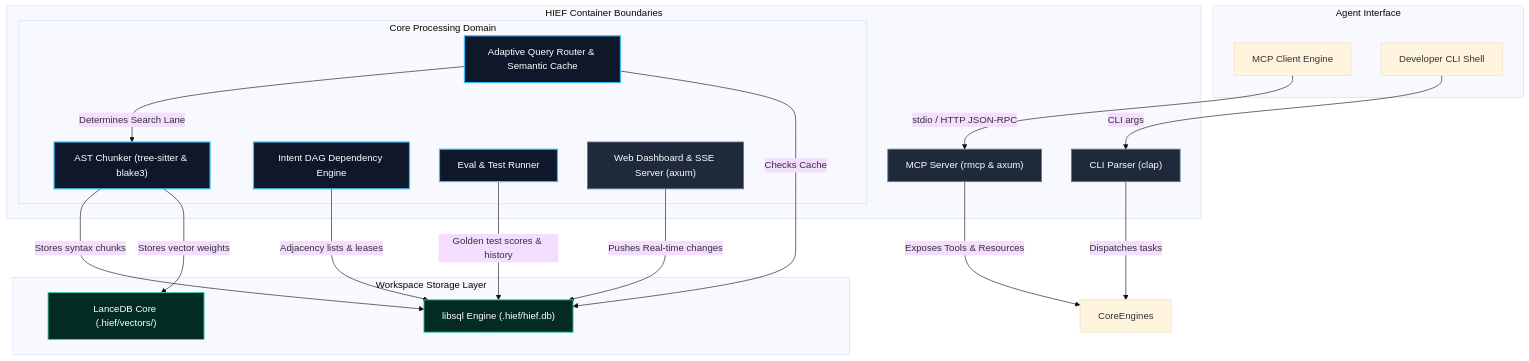
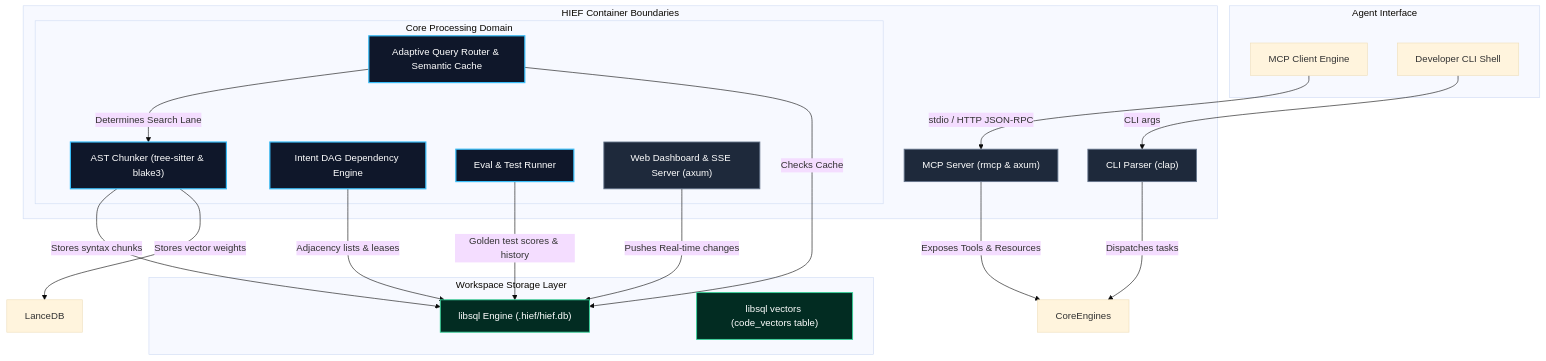
Before and after one commit to hiranp/hief: the second of 5 diagrams in docs/ARCHITECTURE.md, drawn with Mermaid (base theme). The commit also changed other lines of this file and 14 other files, not shown here.

First line of the commit message:
feat(index)!: replace LanceDB with libsql native vectors

````diff
--- a/docs/ARCHITECTURE.md
+++ b/docs/ARCHITECTURE.md
@@ -85,49 +85,49 @@
 ```mermaid
 graph TB
     subgraph Client ["Agent Interface"]
         MCPClient["MCP Client Engine"]
         CLIClient["Developer CLI Shell"]
     end
 
     subgraph HIEF ["HIEF Container Boundaries"]
         CLI["CLI Parser (clap)"]
         MCP["MCP Server (rmcp & axum)"]
         
         subgraph Core Engines ["Core Processing Domain"]
             Router["Adaptive Query Router & Semantic Cache"]
             Index["AST Chunker (tree-sitter & blake3)"]
             Graph["Intent DAG Dependency Engine"]
             Eval["Eval & Test Runner"]
             UI["Web Dashboard & SSE Server (axum)"]
         end
     end
 
     subgraph Storage ["Workspace Storage Layer"]
         libsql["libsql Engine (.hief/hief.db)"]
-        LanceDB["LanceDB Core (.hief/vectors/)"]
+        VecStore["libsql vectors (code_vectors table)"]
     end
 
     %% Communication
     CLIClient -->|CLI args| CLI
     MCPClient -->|stdio / HTTP JSON-RPC| MCP
     
     CLI -->|Dispatches tasks| CoreEngines
     MCP -->|Exposes Tools & Resources| CoreEngines
 
     Router -->|Determines Search Lane| Index
     Router -->|Checks Cache| libsql
     
     Index -->|Stores syntax chunks| libsql
     Index -->|Stores vector weights| LanceDB
 
     Graph -->|Adjacency lists & leases| libsql
     Eval -->|Golden test scores & history| libsql
     UI -->|Pushes Real-time changes| libsql
     
     classDef cli fill:#1e293b,stroke:#64748b,stroke-width:1.5px,color:#fff;
     classDef core fill:#0f172a,stroke:#38bdf8,stroke-width:2px,color:#fff;
     classDef store fill:#022c22,stroke:#34d399,stroke-width:1.5px,color:#fff;
     class CLI,MCP,UI cli;
     class Router,Index,Graph,Eval core;
-    class libsql,LanceDB store;
+    class libsql,VecStore store;
 ```
````
